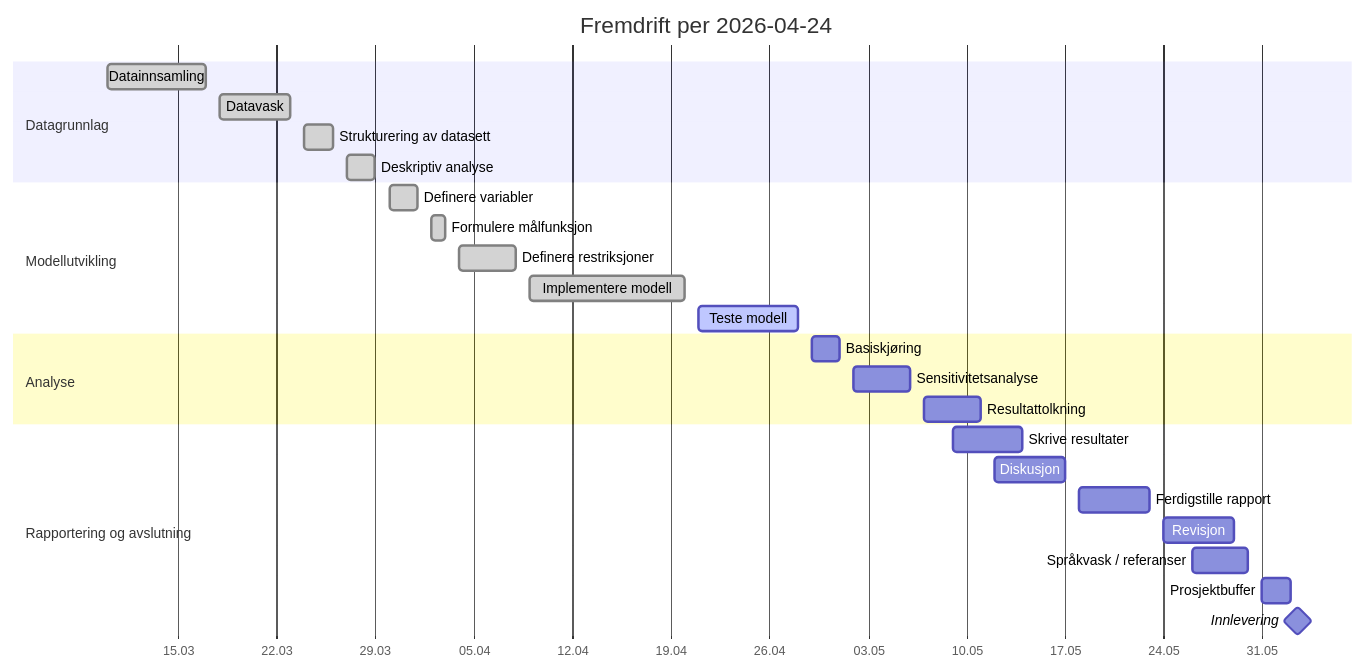
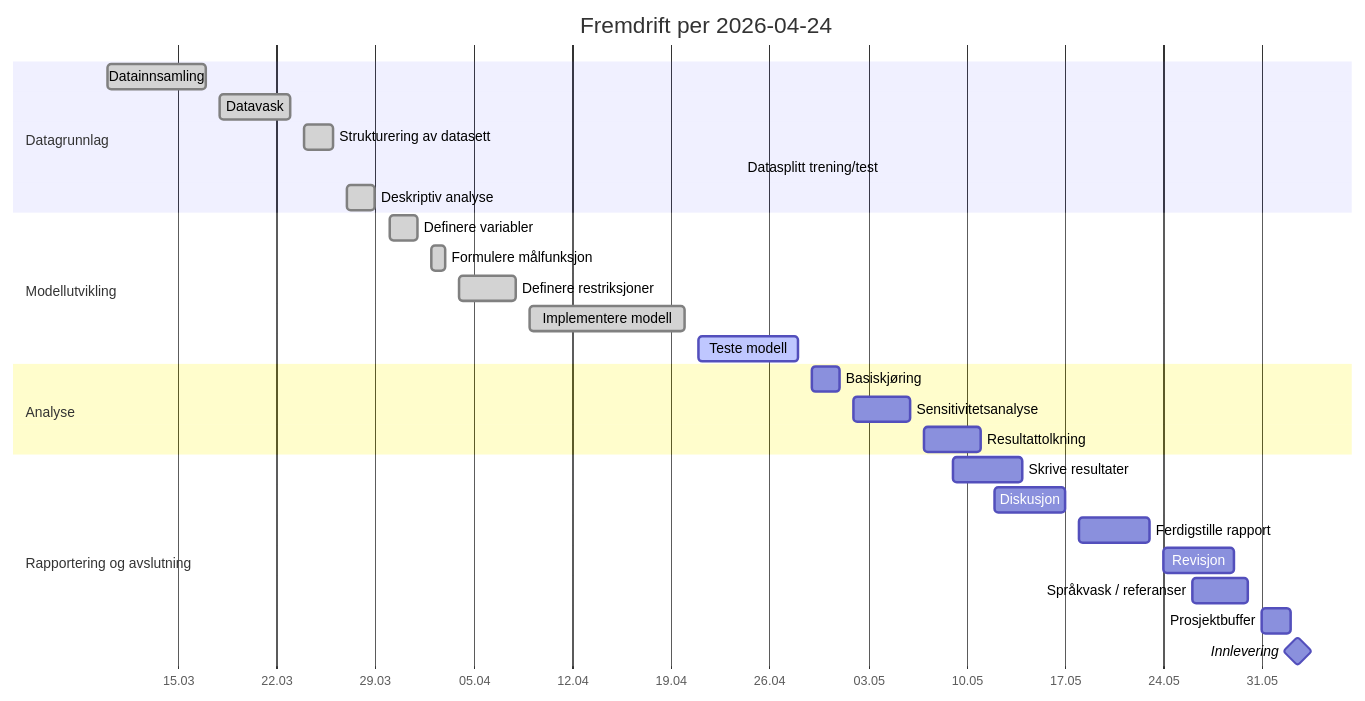
The diagram in 012 fase 2 - plan/status.md (LOG650/G21-sespamalstreken-chablis), drawn with Mermaid before and after one commit. The commit also changed other lines of this file and 5 other files, not shown here.

````diff
--- a/012 fase 2 - plan/status.md
+++ b/012 fase 2 - plan/status.md
@@ -116,33 +117,34 @@
 ```mermaid
 gantt
     title Fremdrift per 2026-04-24
     dateFormat  YYYY-MM-DD
     axisFormat  %d.%m
 
     section Datagrunnlag
     Datainnsamling                 :done, a1, 2026-03-10, 2026-03-17
     Datavask                       :done, a2, 2026-03-18, 2026-03-23
     Strukturering av datasett      :done, a3, 2026-03-24, 2026-03-26
-    Deskriptiv analyse             :done, a4, 2026-03-27, 2026-03-29
+    Datasplitt trening/test        :done, a4, 2026-04-24, 2026-04-24
+    Deskriptiv analyse             :done, a5, 2026-03-27, 2026-03-29
 
     section Modellutvikling
     Definere variabler             :done, b1, 2026-03-30, 2026-04-01
     Formulere målfunksjon          :done, b2, 2026-04-02, 2026-04-03
     Definere restriksjoner         :done, b3, 2026-04-04, 2026-04-08
     Implementere modell            :done, b4, 2026-04-09, 2026-04-20
     Teste modell                   :active, b5, 2026-04-21, 2026-04-28
 
     section Analyse
     Basiskjøring                   :c1, 2026-04-29, 2026-05-01
     Sensitivitetsanalyse           :c2, 2026-05-02, 2026-05-06
     Resultattolkning               :c3, 2026-05-07, 2026-05-11
 
     section Rapportering og avslutning
     Skrive resultater              :d1, 2026-05-09, 2026-05-14
     Diskusjon                      :d2, 2026-05-12, 2026-05-17
     Ferdigstille rapport           :d3, 2026-05-18, 2026-05-23
     Revisjon                       :d4, 2026-05-24, 2026-05-29
     Språkvask / referanser         :d5, 2026-05-26, 2026-05-30
     Prosjektbuffer                 :d6, 2026-05-31, 2026-06-02
     Innlevering                    :milestone, d7, 2026-06-02, 1d
 ```
````
